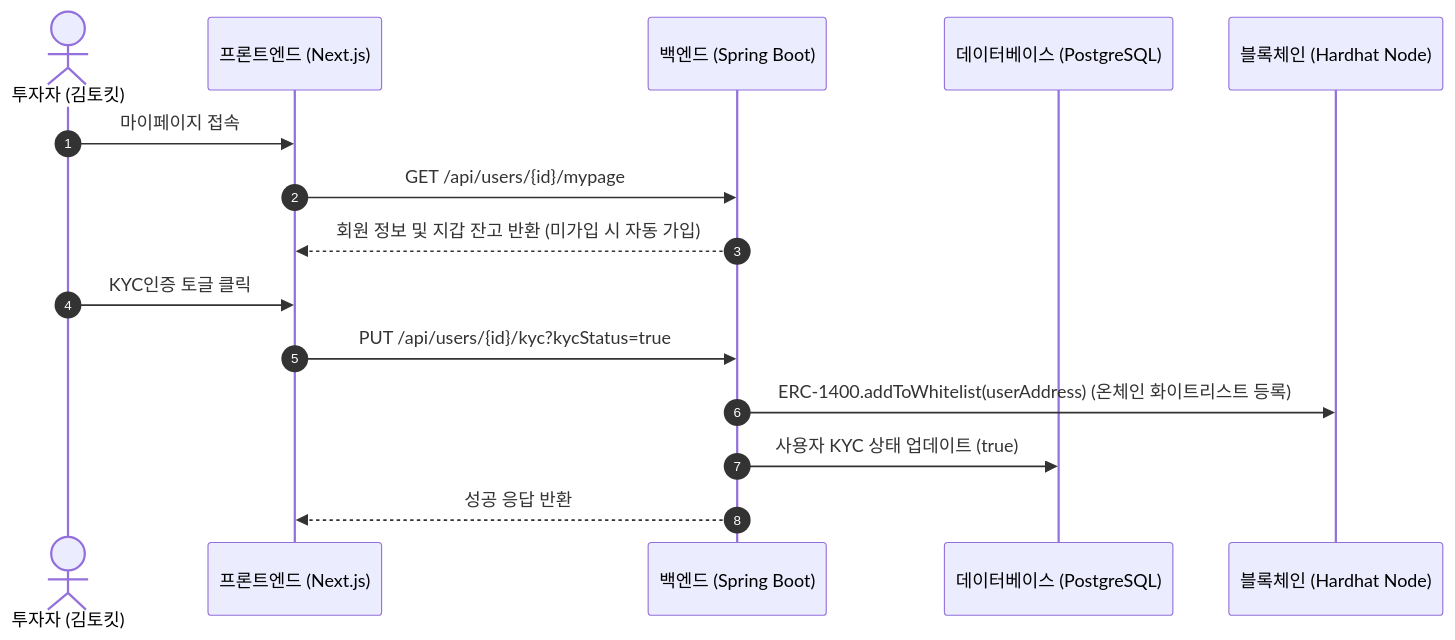
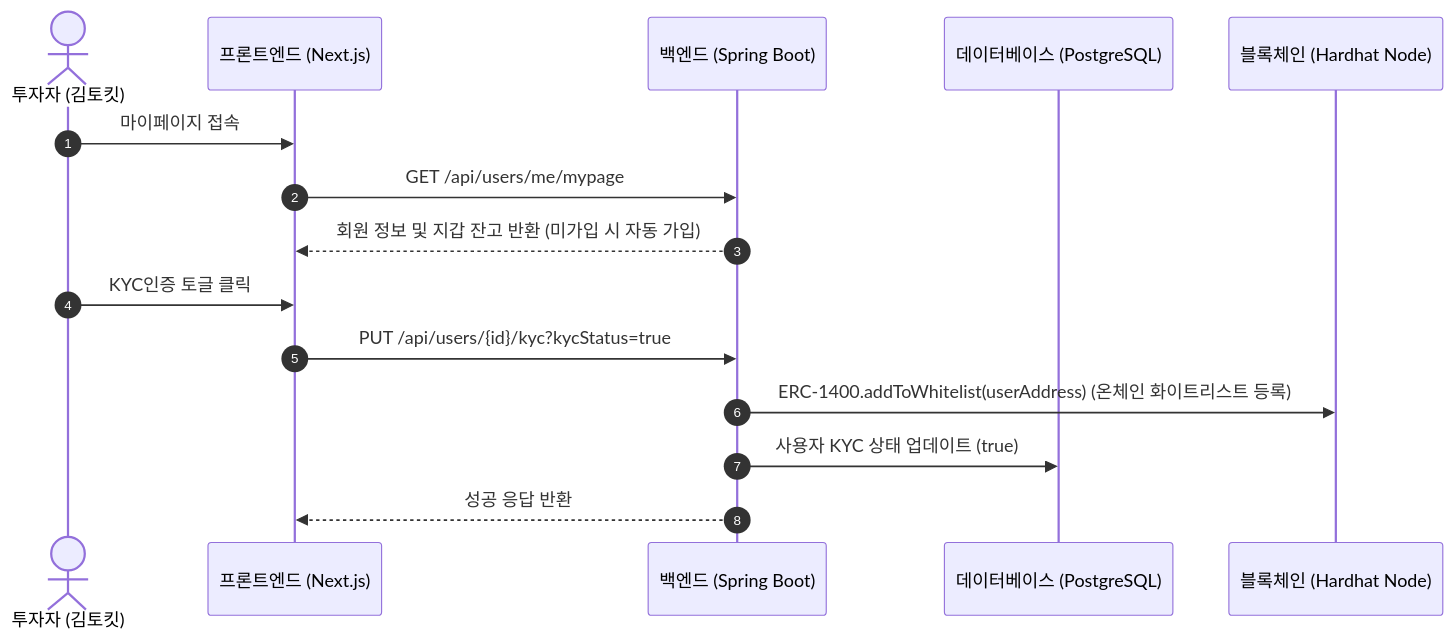
The first of 5 diagrams in README.md (juhee77/Tokit), drawn with Mermaid before and after one commit. The commit also changed other lines of this file, not shown here.

````diff
--- a/README.md
+++ b/README.md
@@ -95,18 +97,18 @@
 ```mermaid
 sequenceDiagram
     autonumber
     actor User as 투자자 (김토킷)
     participant FE as 프론트엔드 (Next.js)
     participant BE as 백엔드 (Spring Boot)
     participant DB as 데이터베이스 (PostgreSQL)
     participant BC as 블록체인 (Hardhat Node)
 
     User->>FE: 마이페이지 접속
-    FE->>BE: GET /api/users/{id}/mypage
+    FE->>BE: GET /api/users/me/mypage
     BE-->>FE: 회원 정보 및 지갑 잔고 반환 (미가입 시 자동 가입)
     User->>FE: KYC인증 토글 클릭
     FE->>BE: PUT /api/users/{id}/kyc?kycStatus=true
     BE->>BC: ERC-1400.addToWhitelist(userAddress) (온체인 화이트리스트 등록)
     BE->>DB: 사용자 KYC 상태 업데이트 (true)
     BE-->>FE: 성공 응답 반환
 ```
````
